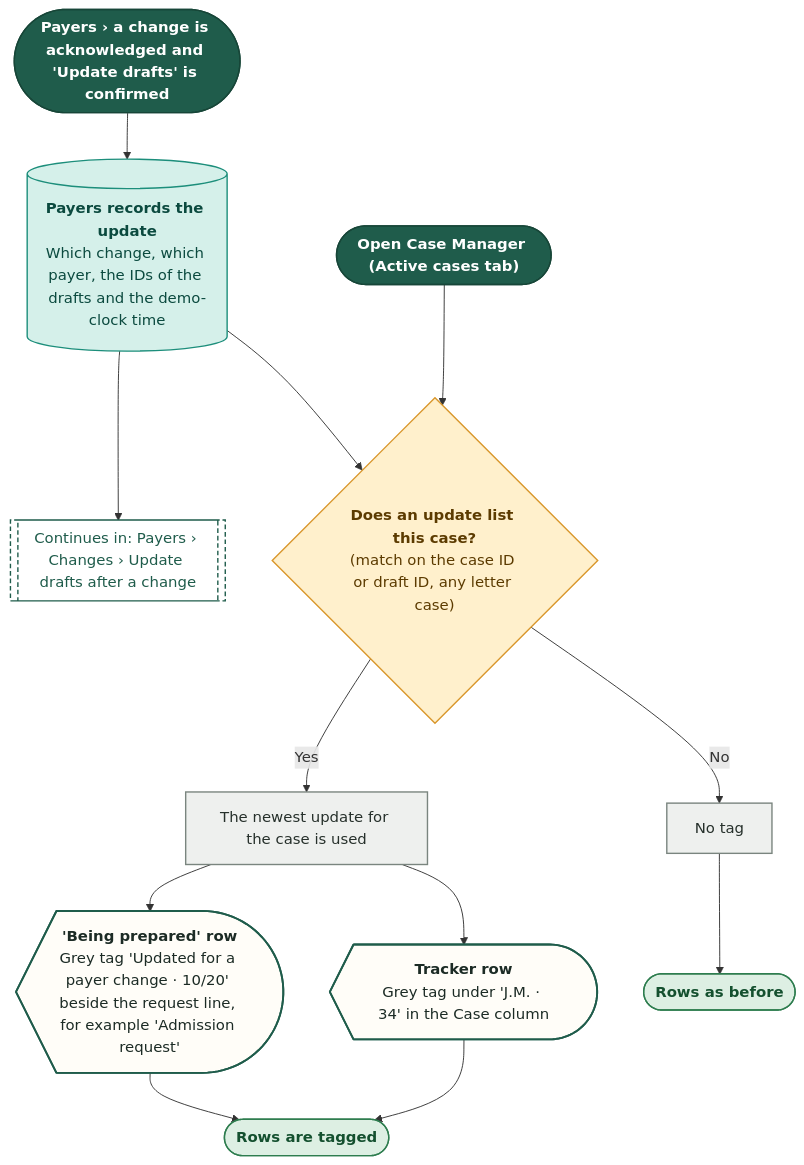
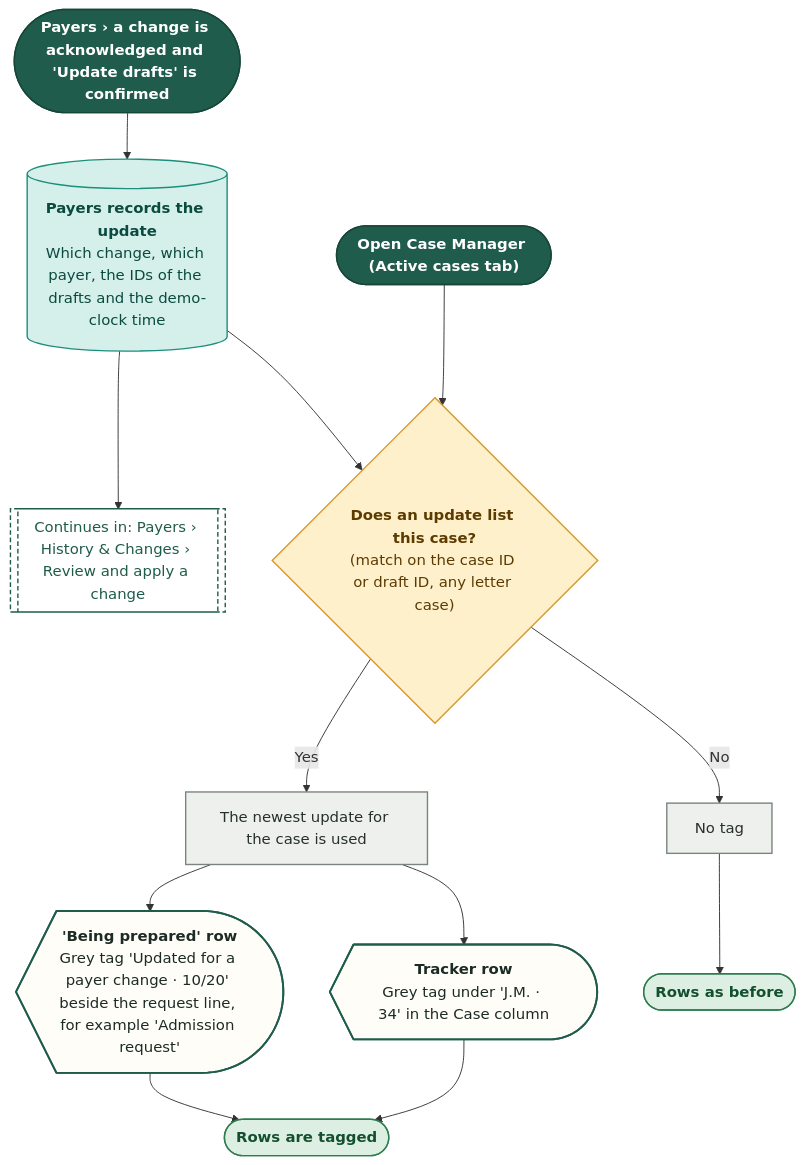
Before and after one commit to Shrav143/psyfloapp: the seventh of 25 diagrams in demos/prior-auth-demo/workflows/out/md/07-case-manager.md, drawn with Mermaid. The commit also changed other lines of this file and 60 other files, not shown here.

First line of the commit message:
feat: Payer Workflow Studio integration (compact header, default workflow in view panel, docs, diagrams)

````diff
--- a/demos/prior-auth-demo/workflows/out/md/07-case-manager.md
+++ b/demos/prior-auth-demo/workflows/out/md/07-case-manager.md
@@ -475,45 +475,45 @@
 ```mermaid
 %%{init: {"theme":"base","themeVariables":{"fontFamily":"'DM Sans', 'Segoe UI', system-ui, sans-serif","fontSize":"15px","lineColor":"#5B6B63","primaryTextColor":"#1C2B25","clusterBkg":"#FBF8F3","clusterBorder":"#D9CDBB","edgeLabelBackground":"#FFFFFF"},"flowchart":{"curve":"basis","nodeSpacing":36,"rankSpacing":48,"padding":12,"htmlLabels":true,"useMaxWidth":false,"wrappingWidth":230}} }%%
 flowchart TD
   classDef k_start fill:#1F5C4B,stroke:#174638,color:#FFFFFF,stroke-width:1.5px,font-weight:600
   classDef k_end fill:#DDEFE3,stroke:#2E7D4F,color:#14502F,stroke-width:1.5px,font-weight:600
   classDef k_endx fill:#FBE3E0,stroke:#C0392B,color:#7A1F16,stroke-width:1.5px,font-weight:600
   classDef k_screen fill:#FFFDF8,stroke:#1F5C4B,color:#1C2B25,stroke-width:2px
   classDef k_overlay fill:#F1F7F3,stroke:#1F5C4B,color:#1C2B25,stroke-width:2px,stroke-dasharray:5 3
   classDef k_click fill:#DCEBFA,stroke:#2F6DB5,color:#12365F,stroke-width:1.5px
   classDef k_input fill:#E4E7FF,stroke:#4C5FD5,color:#1D2670,stroke-width:1.5px
   classDef k_process fill:#EEF0EE,stroke:#7A857F,color:#26302B,stroke-width:1.5px
   classDef k_agent fill:#EEE5FA,stroke:#7A4FC2,color:#341A63,stroke-width:1.5px
   classDef k_decision fill:#FFF0CC,stroke:#D9962B,color:#5C3B00,stroke-width:1.5px
   classDef k_store fill:#D5F0EA,stroke:#1C8E7B,color:#0B4A3F,stroke-width:1.5px
   classDef k_doc fill:#F6E9DC,stroke:#B07A4C,color:#4A2E14,stroke-width:1.5px
   classDef k_ext fill:#FFE6D2,stroke:#E07B39,color:#6B2F06,stroke-width:1.5px
   classDef k_wait fill:#E4E8EE,stroke:#6B7C93,color:#26303D,stroke-width:1.5px
   classDef k_toast fill:#FFF9DB,stroke:#C9A400,color:#5A4A00,stroke-width:1.5px
   classDef k_goto fill:#FFFFFF,stroke:#1F5C4B,color:#1F5C4B,stroke-width:1.5px,stroke-dasharray:5 3
   s1@{ shape: stadium, label: "Payers › a change is acknowledged and 'Update drafts' is confirmed" }
   st1@{ shape: cyl, label: "<b>Payers records the update</b><br/>Which change, which payer, the IDs of the drafts and the demo-clock time" }
-  g1@{ shape: subproc, label: "Continues in: Payers › Changes › Update drafts after a change" }
+  g1@{ shape: subproc, label: "Continues in: Payers › History & Changes › Review and apply a change" }
   s2@{ shape: stadium, label: "Open Case Manager (Active cases tab)" }
   d1@{ shape: diam, label: "<b>Does an update list this case?</b><br/>(match on the case ID or draft ID, any letter case)" }
   p1@{ shape: rect, label: "The newest update for the case is used" }
   t1@{ shape: curv-trap, label: "<b>'Being prepared' row</b><br/>Grey tag 'Updated for a payer change · 10/20' beside the request line, for example 'Admission request'" }
   t2@{ shape: curv-trap, label: "<b>Tracker row</b><br/>Grey tag under 'J.M. · 34' in the Case column" }
   n1@{ shape: rect, label: "No tag" }
   e1@{ shape: stadium, label: "Rows are tagged" }
   e2@{ shape: stadium, label: "Rows as before" }
   s1 --> st1 --> g1
   st1 --> d1
   s2 --> d1
   d1 -->|"Yes"| p1 --> t1 & t2
   t1 --> e1
   t2 --> e1
   d1 -->|"No"| n1 --> e2
   class s1,s2 k_start
   class st1 k_store
   class g1 k_goto
   class d1 k_decision
   class p1,n1 k_process
   class t1,t2 k_screen
   class e1,e2 k_end
 ```
````
